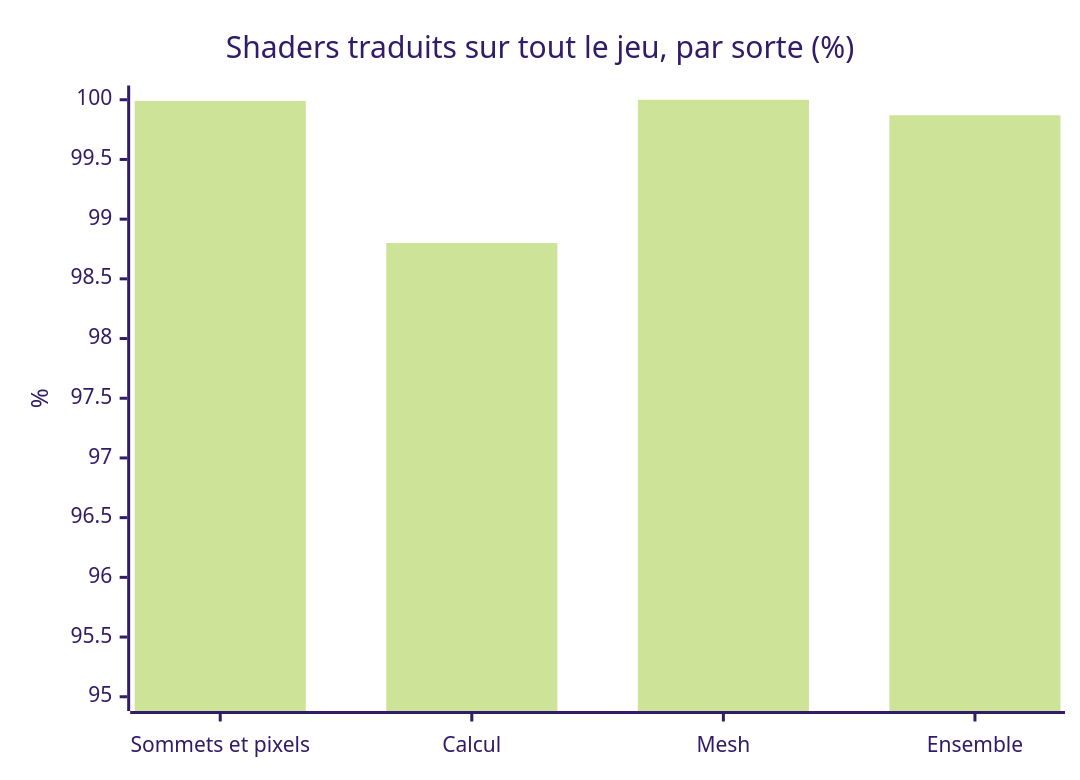
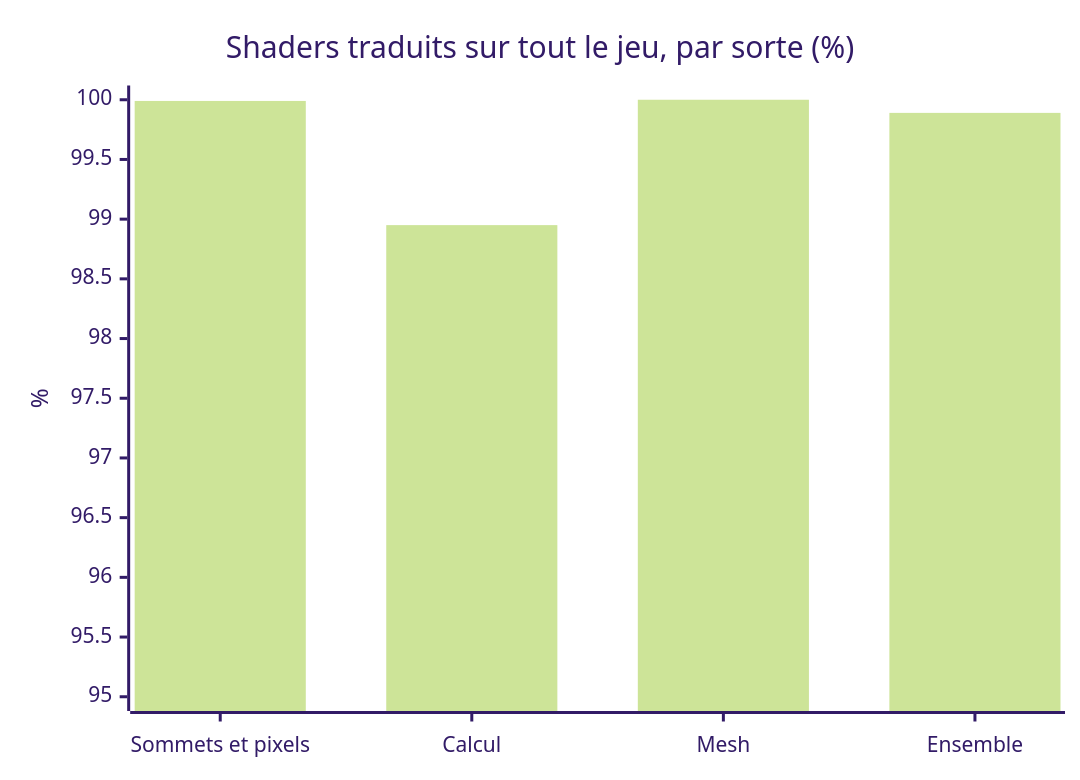
One commit to Cyanexani/cold-project-vi changed the tenth of 12 diagrams in README.md. Above: the diagram before and after it, drawn with Mermaid (forest theme). The commit also changed other lines of this file and 1 other file, not shown here.

````diff
--- a/README.md
+++ b/README.md
@@ -252,7 +252,7 @@
 ```mermaid
 xychart-beta
     title "Shaders traduits sur tout le jeu, par sorte (%)"
     x-axis ["Sommets et pixels", "Calcul", "Mesh", "Ensemble"]
     y-axis "%" 95 --> 100
-    bar [99.99, 98.8, 100, 99.87]
+    bar [99.99, 98.95, 100, 99.89]
 ```
````
